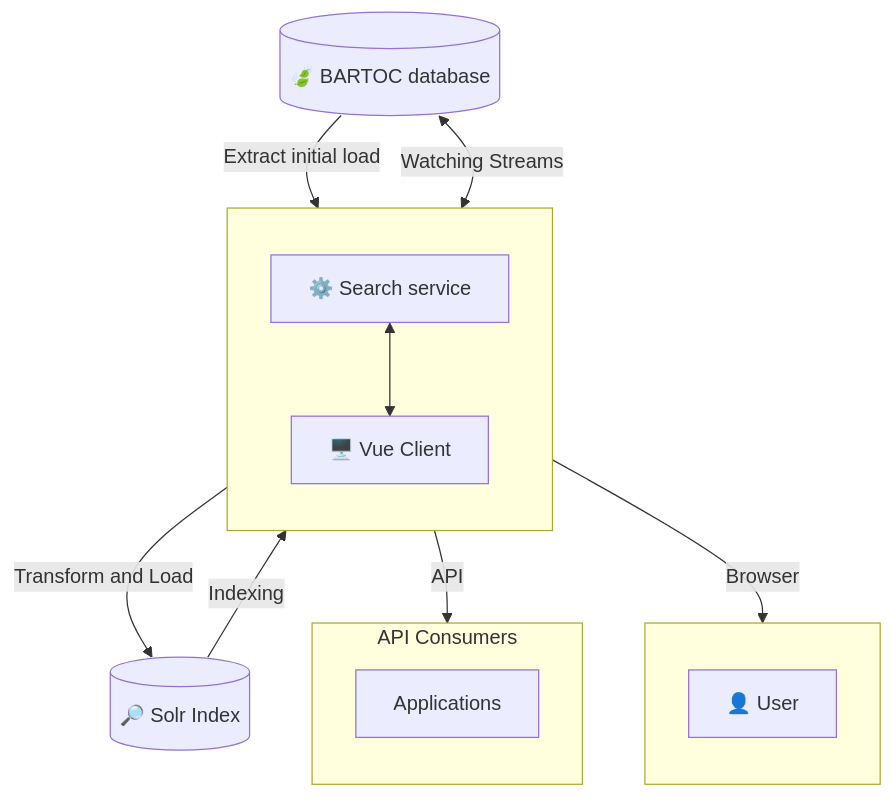
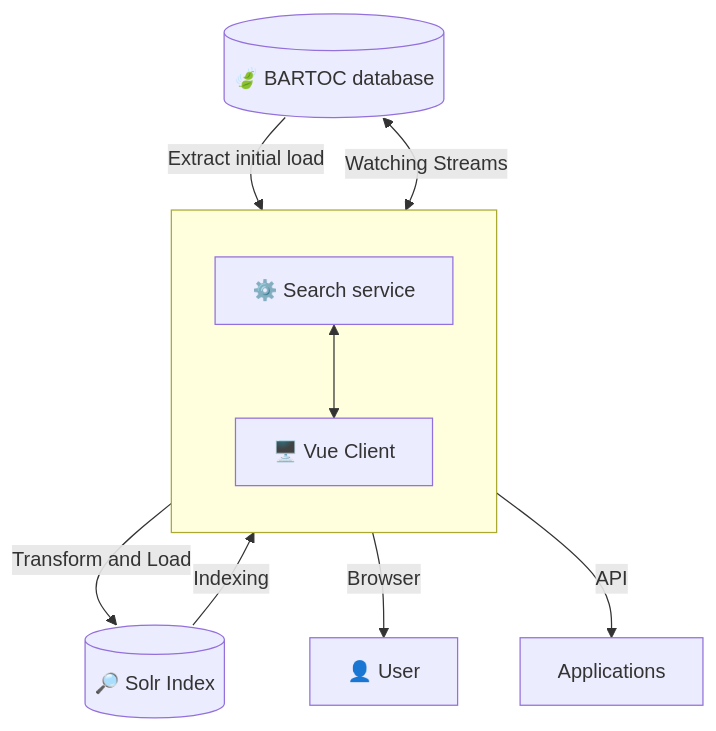
The diagram in README.md (gbv/bartoc-search), drawn with Mermaid before and after one commit. The commit also changed other lines of this file and 2 other files, not shown here.

```diff
--- a/README.md
+++ b/README.md
@@ -6,32 +230,26 @@
 ~~~mermaid
 graph TD
   Solr[(🔎 Solr Index)]
   DB[(🍃 BARTOC database)]
   subgraph search service [ ]
     direction TB
     Server[⚙️ Search service]
     Client[🖥️ Vue Client]
   end
   Client[🖥️ Vue Client]
 
-  subgraph Frontend [ ]
-    direction TB
-    User[👤 User]
-  end
+  User[👤 User]
 
-  subgraph "API Consumers"
-    direction TB
-    Applications[Applications]
-  end
+  Applications
 
   %% FLOWS %%
   DB -- "Extract initial load" --> Server
   DB <-- "Watching Streams"        --> Server
 
   Server -->|Transform and Load| Solr
   Solr   -->|Indexing         | Server
 
   Server <--> Client
   Client -- "Browser" --> User
   Server -- "API"     --> Applications
 ~~~
```
